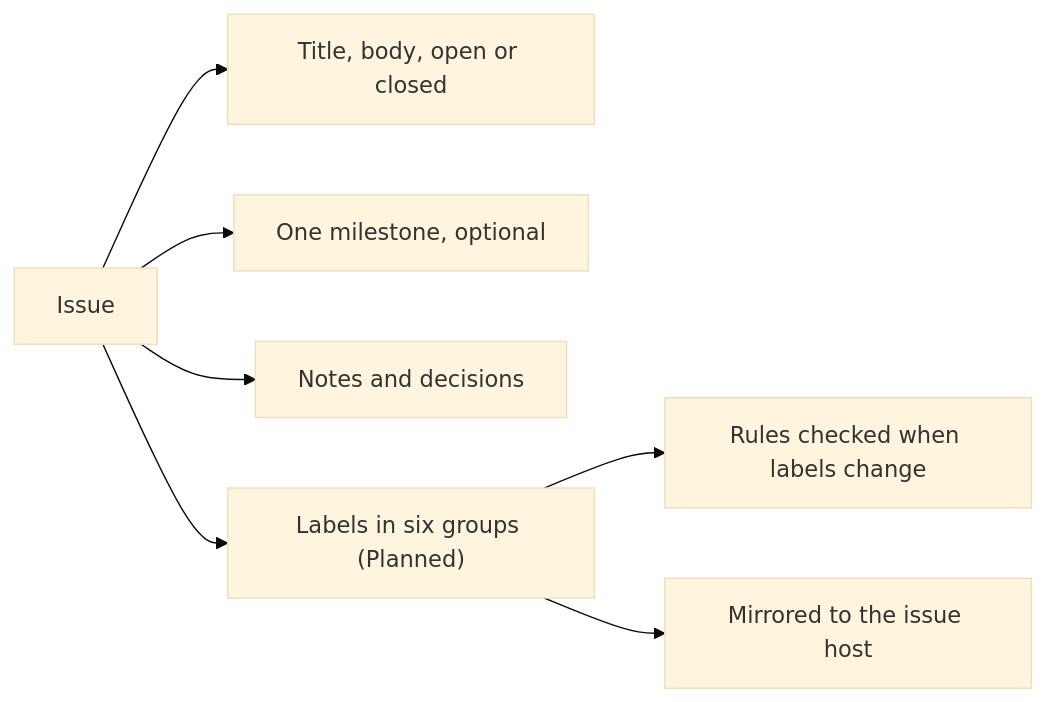
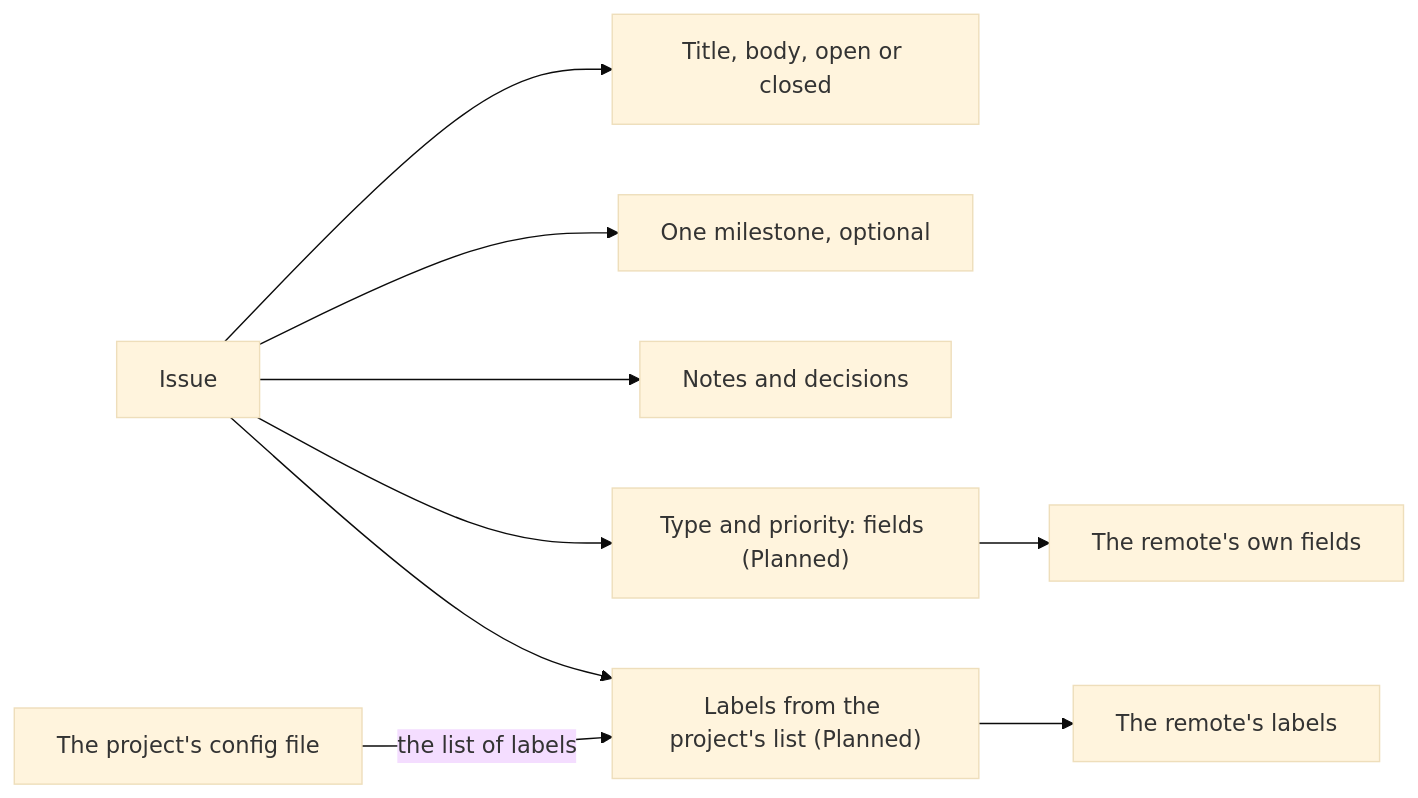
One commit to trustmybot/tmb changed the first of 2 diagrams in docs/architecture/ISSUES.md. Above: the diagram before and after it, drawn with Mermaid (base theme). The commit also changed other lines of this file and 4 other files, not shown here.

Commit message:
📝 docs(issues): type and priority are the remote's fields; the label list is a setting

````diff
--- a/docs/architecture/ISSUES.md
+++ b/docs/architecture/ISSUES.md
@@ -9,9 +11,11 @@
 ```mermaid
 flowchart LR
     I[Issue] --> T["Title, body, open or closed"]
     I --> M["One milestone, optional"]
     I --> N["Notes and decisions"]
-    I --> L["Labels in six groups (Planned)"]
-    L --> R["Rules checked when labels change"]
-    L --> H["Mirrored to the issue host"]
+    I --> F["Type and priority: fields (Planned)"]
+    I --> L["Labels from the project's list (Planned)"]
+    C["The project's config file"] -->|"the list of labels"| L
+    F --> H["The remote's own fields"]
+    L --> H2["The remote's labels"]
 ```
````
